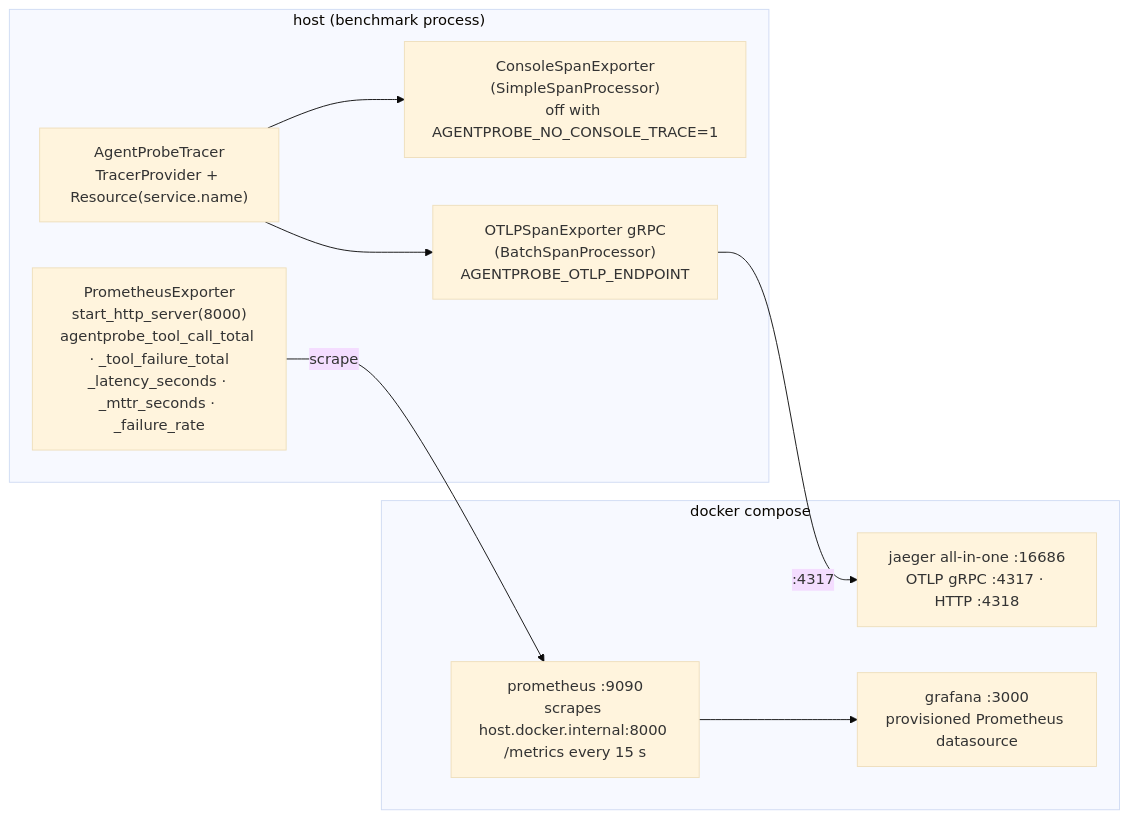
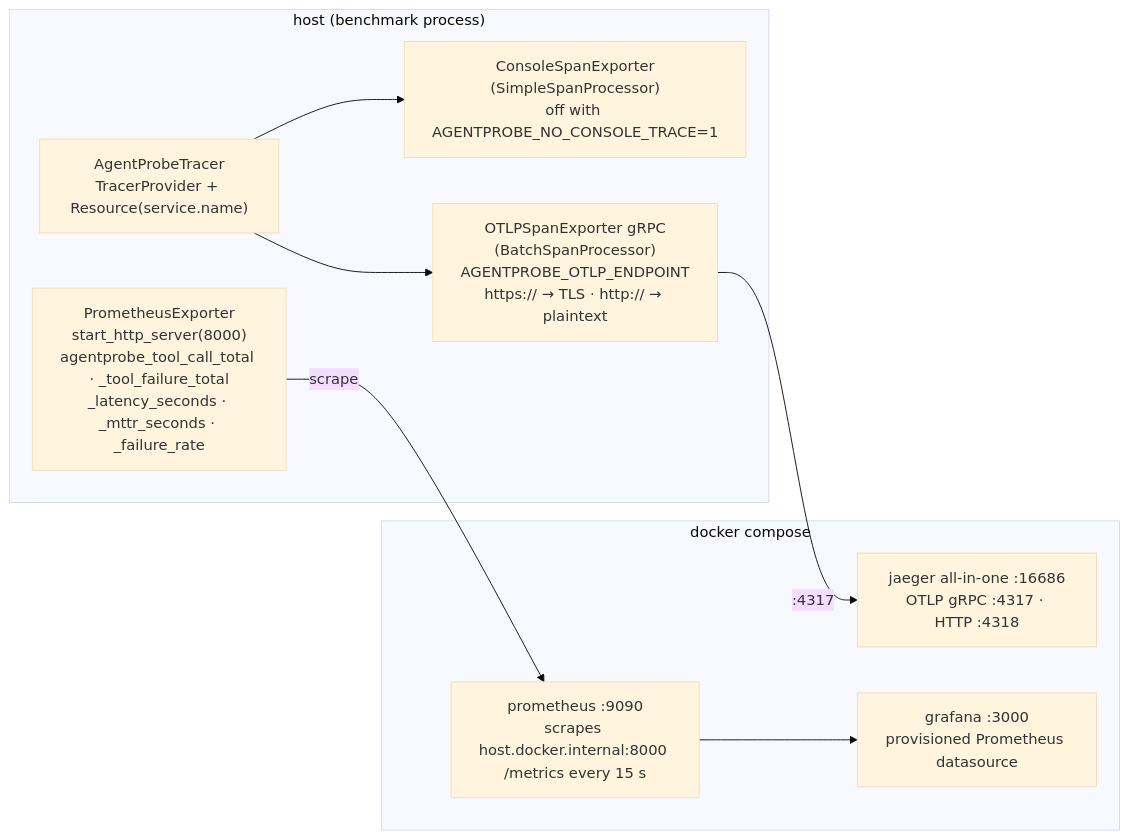
One commit to chhayankjain/AgentProbe changed the fifth of 6 diagrams in ARCHITECTURE.md. Above: the diagram before and after it, drawn with Mermaid (base theme). The commit also changed 8 other files, not shown here.

First line of the commit message:
Answer assertions for varied wording; OTLP tracing over TLS

````diff
--- a/ARCHITECTURE.md
+++ b/ARCHITECTURE.md
@@ -206,19 +206,19 @@
 ```mermaid
 flowchart LR
     subgraph HOST["host (benchmark process)"]
         TR["AgentProbeTracer<br/>TracerProvider + Resource(service.name)"]
         CON["ConsoleSpanExporter<br/>(SimpleSpanProcessor)<br/>off with AGENTPROBE_NO_CONSOLE_TRACE=1"]
-        OTLP["OTLPSpanExporter gRPC<br/>(BatchSpanProcessor)<br/>AGENTPROBE_OTLP_ENDPOINT"]
+        OTLP["OTLPSpanExporter gRPC<br/>(BatchSpanProcessor)<br/>AGENTPROBE_OTLP_ENDPOINT<br/>https:// → TLS · http:// → plaintext"]
         PE["PrometheusExporter<br/>start_http_server(8000)<br/>agentprobe_tool_call_total · _tool_failure_total<br/>_latency_seconds · _mttr_seconds · _failure_rate"]
     end
 
     subgraph DC["docker compose"]
         J["jaeger all-in-one :16686<br/>OTLP gRPC :4317 · HTTP :4318"]
         P["prometheus :9090<br/>scrapes host.docker.internal:8000 /metrics every 15 s"]
         G["grafana :3000<br/>provisioned Prometheus datasource"]
     end
 
     TR --> CON
     TR --> OTLP -->|:4317| J
     PE -->|scrape| P --> G
 ```
````
